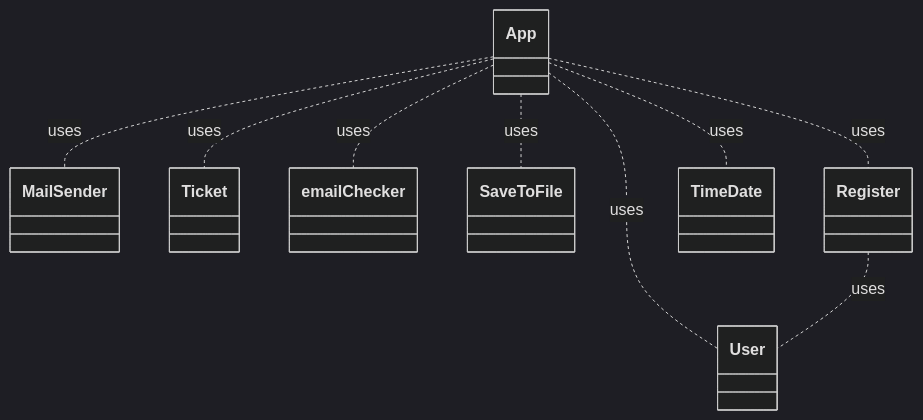
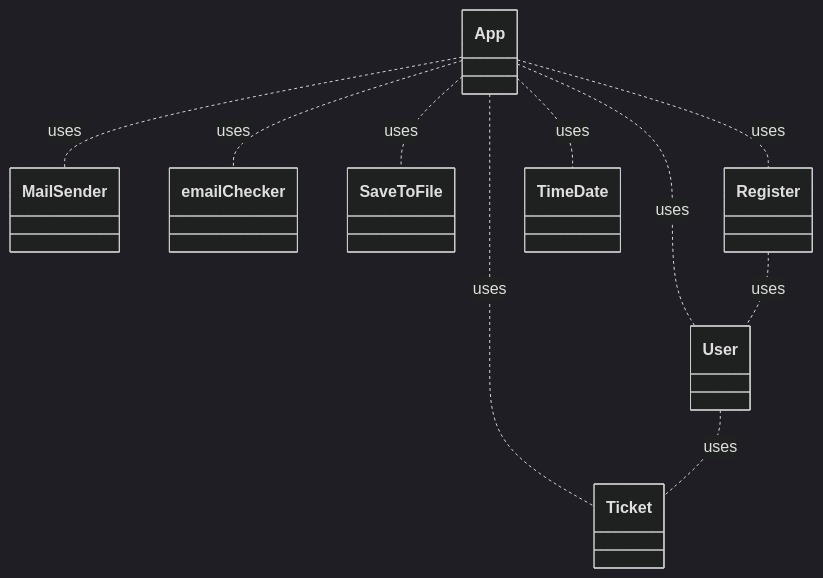
Before and after one commit to Dominik-Sefr/2122ALG2-sefr-helpdesk: the diagram in README.MD, drawn with Mermaid (dark theme).

````diff
--- a/README.MD
+++ b/README.MD
@@ -27,22 +27,22 @@
 ```mermaid
 classDiagram
     class MailSender
     class Ticket
     class emailChecker
     class App
     class SaveToFile
     class Register
     class TimeDate
     class User
 
     App .. MailSender : uses
     App .. emailChecker : uses
     App .. SaveToFile : uses
     App .. Register : uses
     App .. TimeDate : uses
     App .. Ticket : uses
     App .. User : uses
     Register .. User : uses
-    
+    User .. Ticket : uses
     
 ```
````
